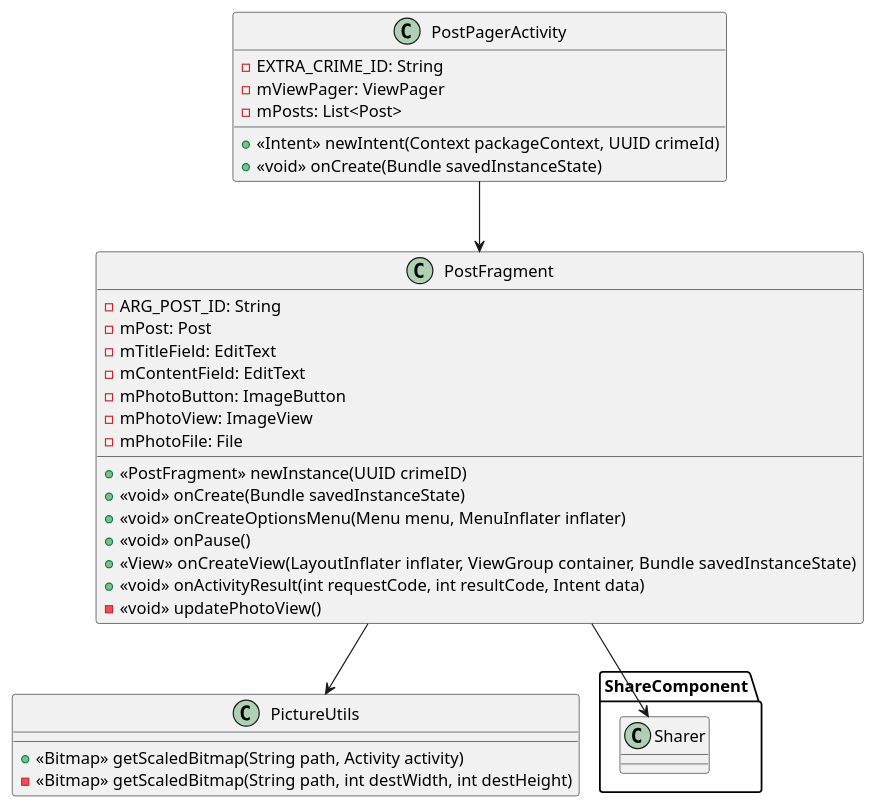
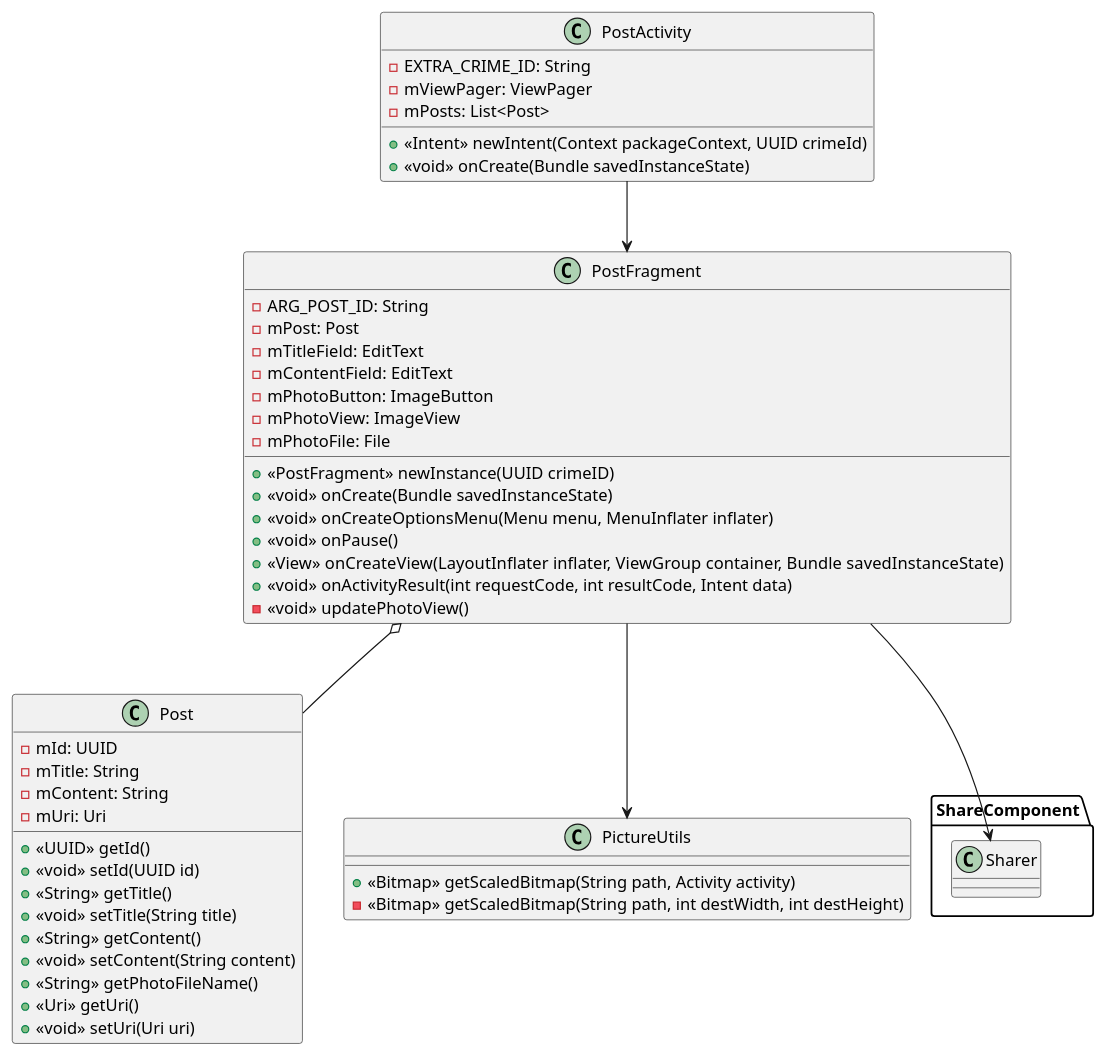
One commit to cBridges851/devwrite changed the diagram in diagrams/Editor Component UML.puml. Above: the diagram before and after it, drawn with PlantUML.

Commit message:
Update Editor Component UML.puml

```diff
--- a/diagrams/Editor Component UML.puml
+++ b/diagrams/Editor Component UML.puml
@@ -1,41 +1,58 @@
 @startuml
 ' Editor Component
 
-    class PostPagerActivity {
+    class PostActivity {
         - EXTRA_CRIME_ID: String
         - mViewPager: ViewPager
         - mPosts: List<Post>
         + <<Intent>> newIntent(Context packageContext, UUID crimeId)
         + <<void>> onCreate(Bundle savedInstanceState)
     }
 
     class PostFragment {
         - ARG_POST_ID: String
         - mPost: Post
         - mTitleField: EditText
         - mContentField: EditText
         - mPhotoButton: ImageButton
         - mPhotoView: ImageView
         - mPhotoFile: File
         + <<PostFragment>> newInstance(UUID crimeID)
         + <<void>> onCreate(Bundle savedInstanceState)
         + <<void>> onCreateOptionsMenu(Menu menu, MenuInflater inflater)
         + <<void>> onPause()
         + <<View>> onCreateView(LayoutInflater inflater, ViewGroup container, Bundle savedInstanceState)
         + <<void>> onActivityResult(int requestCode, int resultCode, Intent data)
         - <<void>> updatePhotoView()
     }
 
+    class Post {
+        - mId: UUID
+        - mTitle: String
+        - mContent: String
+        - mUri: Uri
+        + <<UUID>> getId()
+        + <<void>> setId(UUID id)
+        + <<String>> getTitle()
+        + <<void>> setTitle(String title)
+        + <<String>> getContent()
+        + <<void>> setContent(String content)
+        + <<String>> getPhotoFileName()
+        + <<Uri>> getUri()
+        + <<void>> setUri(Uri uri)
+    }
+
     class PictureUtils {
         + <<Bitmap>> getScaledBitmap(String path, Activity activity)
         - <<Bitmap>> getScaledBitmap(String path, int destWidth, int destHeight)
     }
 
     namespace ShareComponent {
         class Sharer
     }
     
-    PostPagerActivity --> PostFragment
+    PostActivity --> PostFragment
+    PostFragment o-- Post
     PostFragment --> PictureUtils
     PostFragment --> Sharer
 @enduml
```
